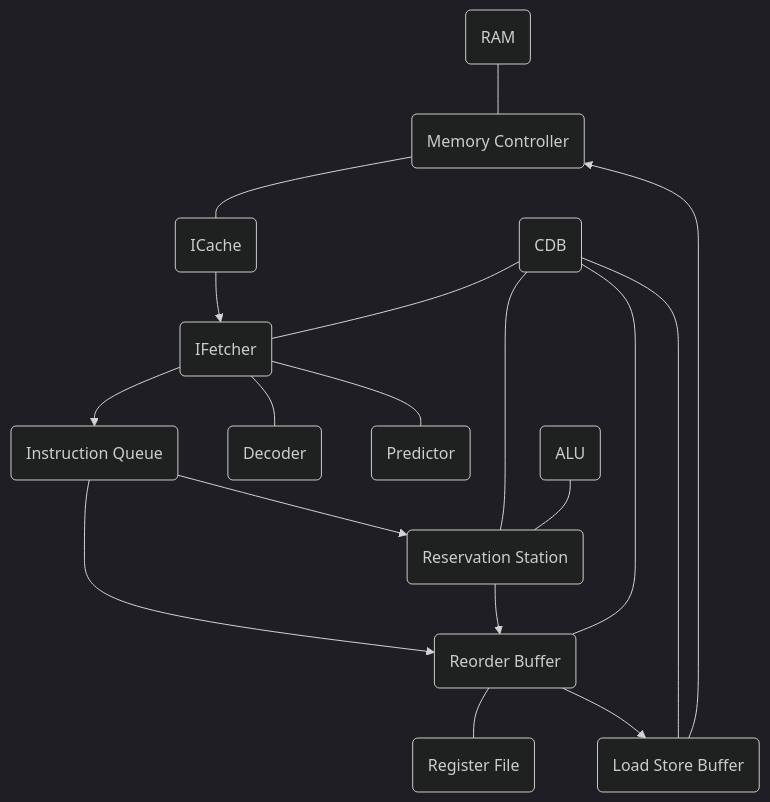
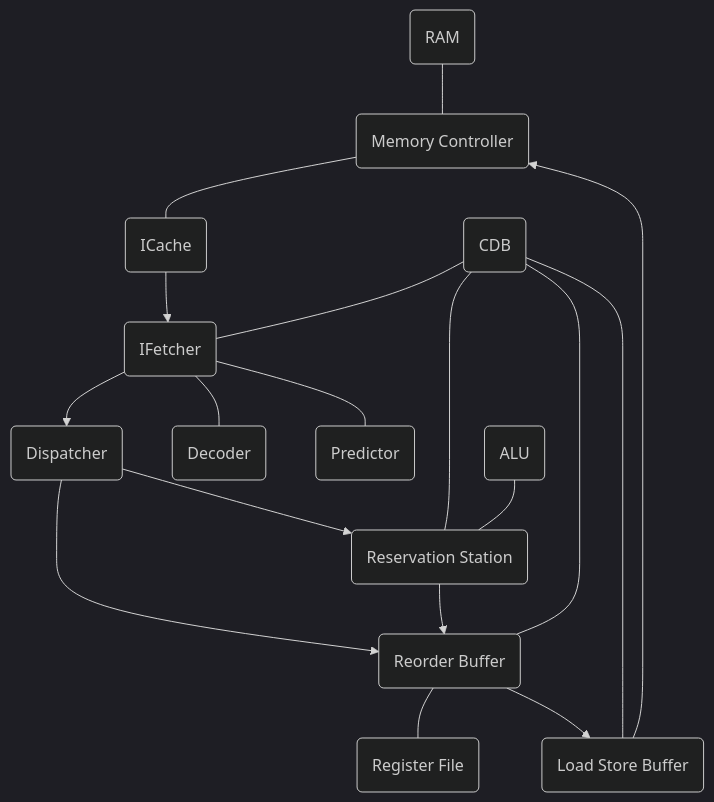
One commit to HenryHe0123/RISC-V-CPU changed the diagram in README.md. Above: the diagram before and after it, drawn with Mermaid (dark theme). The commit also changed 6 other files, not shown here.

````diff
--- a/README.md
+++ b/README.md
@@ -7,20 +7,20 @@
 ```mermaid
 flowchart TD
     A(RAM) --- B(Memory Controller)
     B --- C(ICache)
-    C --> D(IFetcher) 
-    D --> E(Instruction Queue)
+    C --> D(IFetcher)
+    D --> E(Dispatcher)
     D --- M(Decoder)
     D --- L(Predictor)
     E --> F(Reservation Station)
     E --> G(Reorder Buffer)
     F --> G
     G --- H(Register File)
     G --> I(Load Store Buffer)
     I --> B
     J(CDB) --- G
     J --- F 
     J --- D 
     J --- I
     K(ALU) --- F
 ```
````
